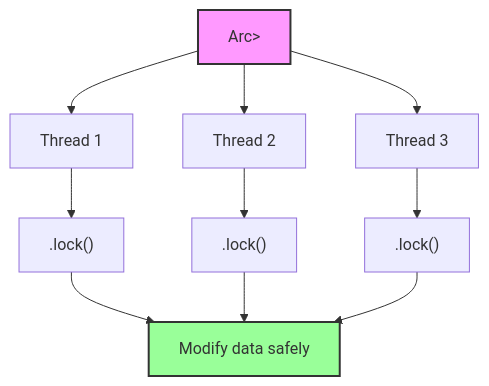
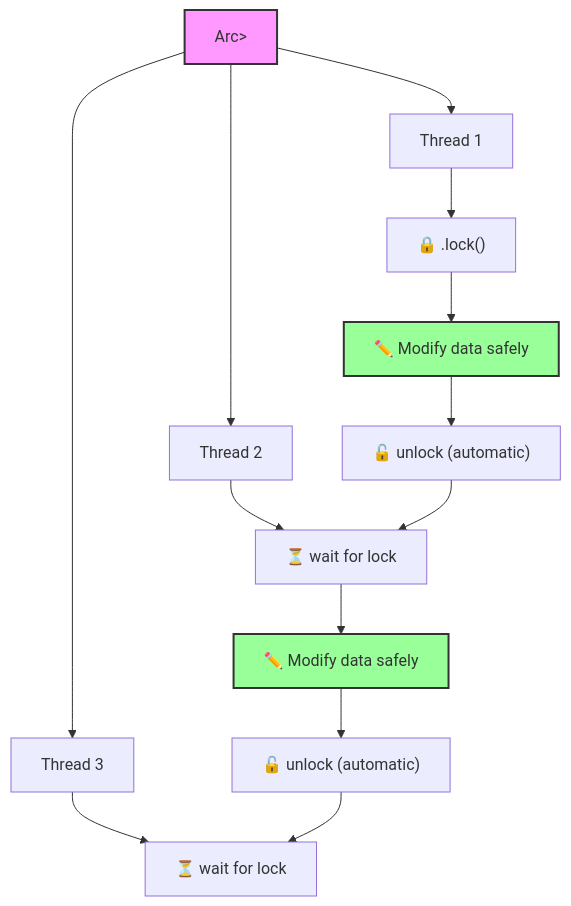
Before and after one commit to weerachai06/programming-bible: the eighth of 15 diagrams in rust/README.md, drawn with Mermaid. The commit also changed other lines of this file, not shown here.

````diff
--- a/rust/README.md
+++ b/rust/README.md
@@ -522,17 +693,21 @@
 ```mermaid
 graph TD
     A["Arc<Mutex<T>>"] --> B[Thread 1]
     A --> C[Thread 2] 
     A --> D[Thread 3]
     
-    B --> E[".lock()"]
-    C --> F[".lock()"]
-    D --> G[".lock()"]
+    B --> E["🔒 .lock()"]
+    C --> F["⏳ wait for lock"]
+    D --> G["⏳ wait for lock"]
     
-    E --> H["Modify data safely"]
-    F --> H
-    G --> H
+    E --> H["✏️ Modify data safely"]
+    H --> I["🔓 unlock (automatic)"]
+    I --> F
+    F --> J["✏️ Modify data safely"]
+    J --> K["🔓 unlock (automatic)"]
+    K --> G
     
     style A fill:#f9f,stroke:#333,stroke-width:2px
     style H fill:#9f9,stroke:#333,stroke-width:2px
+    style J fill:#9f9,stroke:#333,stroke-width:2px
 ```
````
